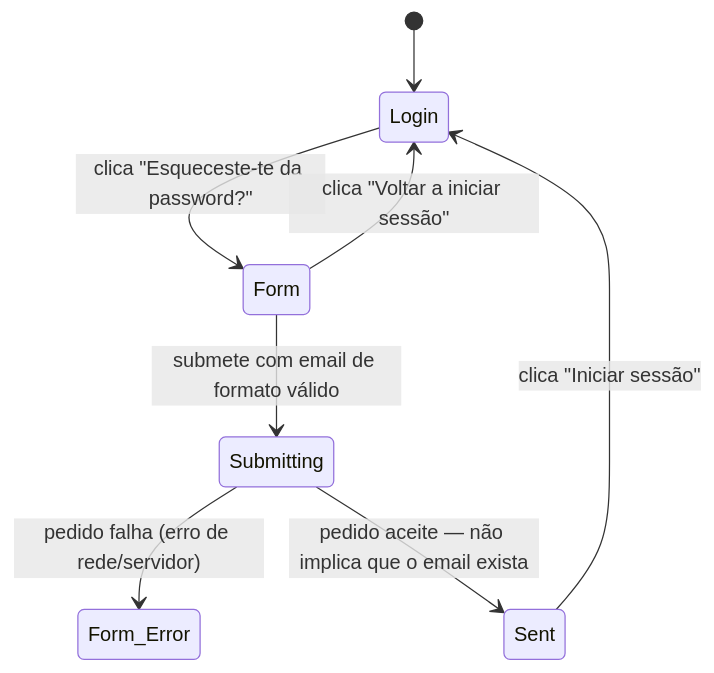
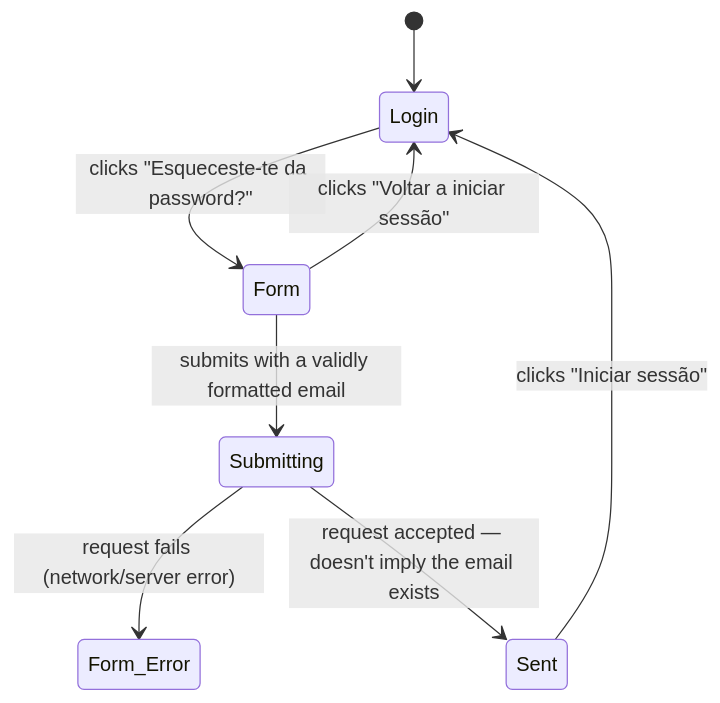
One commit to dmsm2000/rally changed the diagram in docs/flows/forgot-password.md. Above: the diagram before and after it, drawn with Mermaid. The commit also changed other lines of this file and 10 other files, not shown here.

````diff
--- a/docs/flows/forgot-password.md
+++ b/docs/flows/forgot-password.md
@@ -13,10 +13,10 @@
 ```mermaid
 stateDiagram-v2
   [*] --> Login
-  Login --> Form: clica "Esqueceste-te da password?"
-  Form --> Submitting: submete com email de formato válido
-  Submitting --> Form_Error: pedido falha (erro de rede/servidor)
-  Submitting --> Sent: pedido aceite — não implica que o email exista
-  Sent --> Login: clica "Iniciar sessão"
-  Form --> Login: clica "Voltar a iniciar sessão"
+  Login --> Form: clicks "Esqueceste-te da password?"
+  Form --> Submitting: submits with a validly formatted email
+  Submitting --> Form_Error: request fails (network/server error)
+  Submitting --> Sent: request accepted — doesn't imply the email exists
+  Sent --> Login: clicks "Iniciar sessão"
+  Form --> Login: clicks "Voltar a iniciar sessão"
 ```
````
